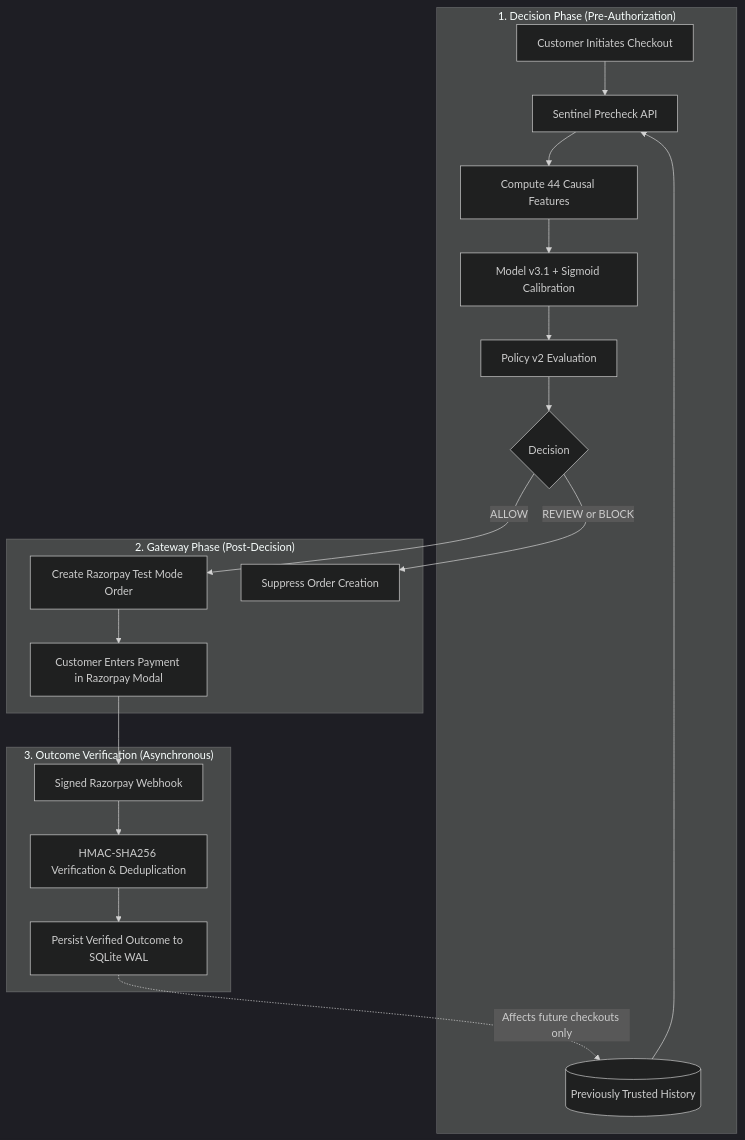
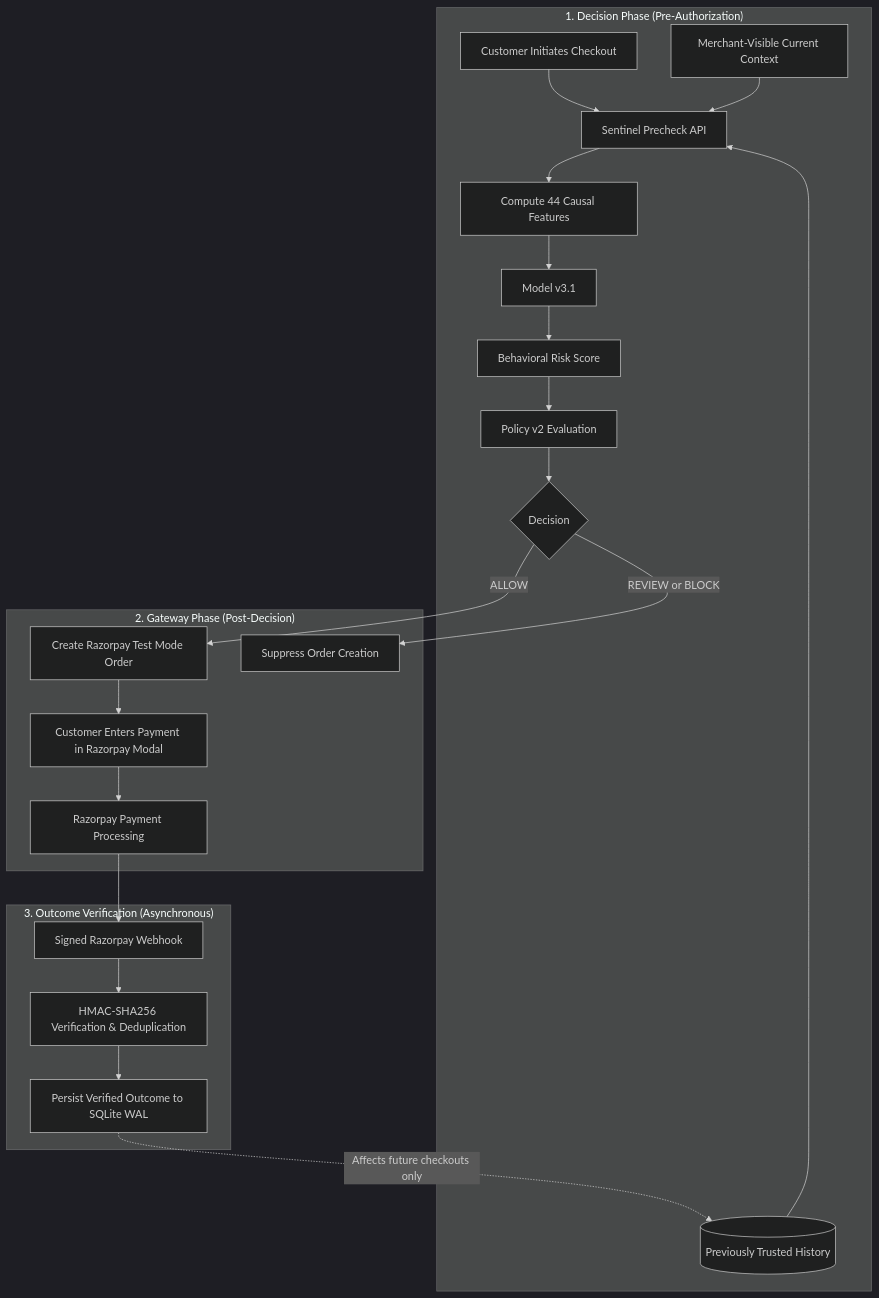
The second of 2 diagrams in README.md (nirajj12/Card-Testing-Sentinel), drawn with Mermaid (dark theme) before and after one commit. The commit also changed other lines of this file and 4 other files, not shown here.

````diff
--- a/README.md
+++ b/README.md
@@ -134,24 +149,27 @@
 ```mermaid
 flowchart TD
     subgraph Decision_Phase ["1. Decision Phase (Pre-Authorization)"]
         A[Customer Initiates Checkout] --> B[Sentinel Precheck API]
         C[(Previously Trusted History)] --> B
+        C2[Merchant-Visible Current Context] --> B
         B --> D[Compute 44 Causal Features]
-        D --> E[Model v3.1 + Sigmoid Calibration]
-        E --> F[Policy v2 Evaluation]
+        D --> E[Model v3.1]
+        E --> E2[Behavioral Risk Score]
+        E2 --> F[Policy v2 Evaluation]
         F --> G{Decision}
     end
 
     subgraph Gateway_Phase ["2. Gateway Phase (Post-Decision)"]
         G -->|ALLOW| H[Create Razorpay Test Mode Order]
         G -->|REVIEW or BLOCK| I[Suppress Order Creation]
         H --> J[Customer Enters Payment in Razorpay Modal]
+        J --> J2[Razorpay Payment Processing]
     end
 
     subgraph Outcome_Phase ["3. Outcome Verification (Asynchronous)"]
-        J --> K[Signed Razorpay Webhook]
+        J2 --> K[Signed Razorpay Webhook]
         K --> L[HMAC-SHA256 Verification & Deduplication]
         L --> M[Persist Verified Outcome to SQLite WAL]
         M -. Affects future checkouts only .-> C
     end
 ```
````
